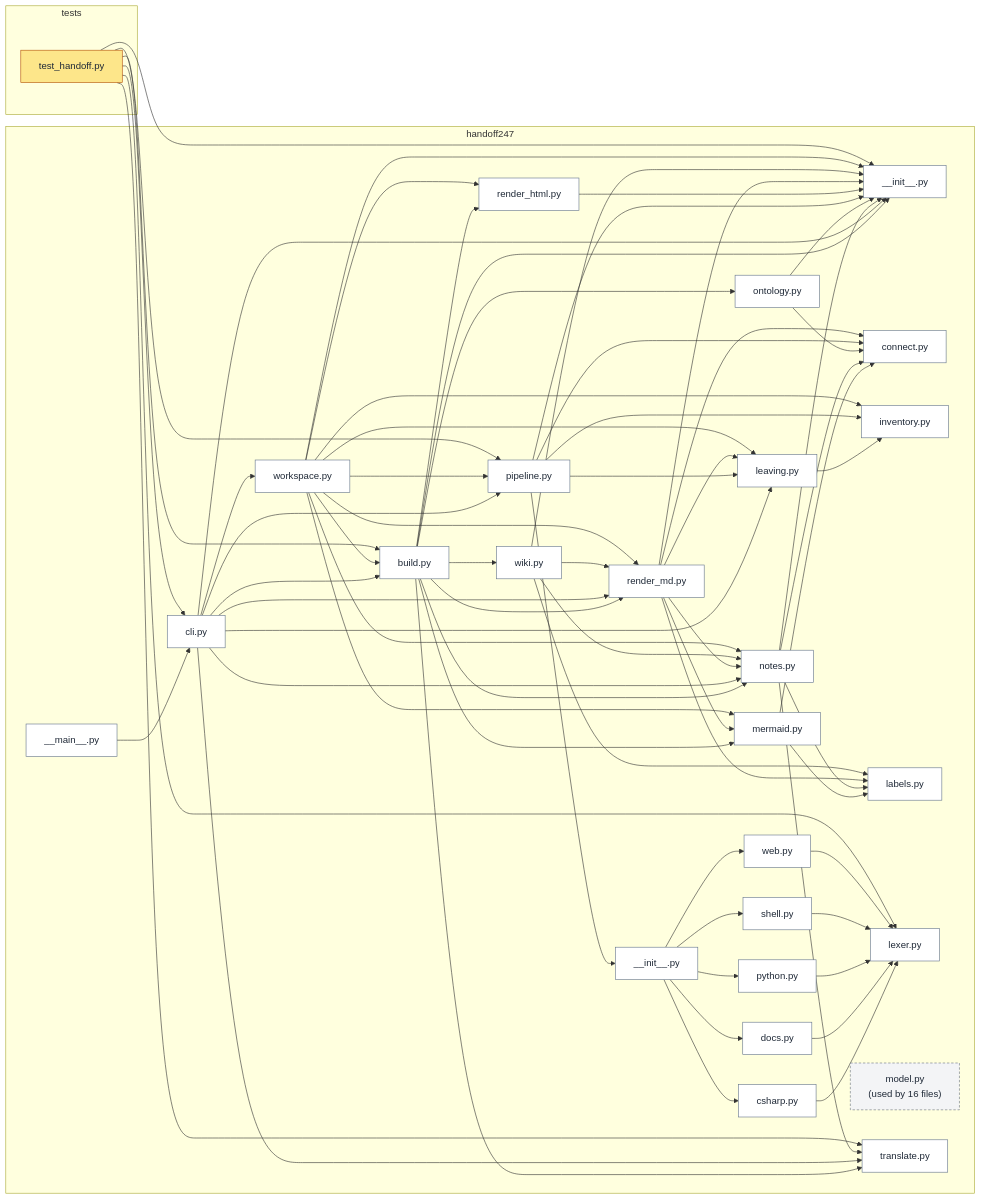
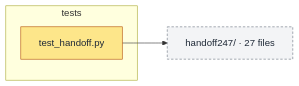
One commit to unkkyuist/HandOff247 changed the diagram in docs/handoff/diagrams/code.mmd. Above: the diagram before and after it, drawn with Mermaid. The commit also changed 50 other files, not shown here.

```diff
--- a/docs/handoff/diagrams/code.mmd
+++ b/docs/handoff/diagrams/code.mmd
@@ -1,108 +1,16 @@
 flowchart LR
-  subgraph g1["handoff247"]
-    n2["#95;#95;init#95;#95;.py"]:::file
-    n3["#95;#95;main#95;#95;.py"]:::file
-    n4["#95;#95;init#95;#95;.py"]:::file
-    n5["csharp.py"]:::file
-    n6["docs.py"]:::file
-    n7["python.py"]:::file
-    n8["shell.py"]:::file
-    n9["web.py"]:::file
-    n10["build.py"]:::file
-    n11["cli.py"]:::file
-    n12["connect.py"]:::file
-    n13["inventory.py"]:::file
-    n14["labels.py"]:::file
-    n15["leaving.py"]:::file
-    n16["lexer.py"]:::file
-    n17["mermaid.py"]:::file
-    n18["model.py<br/>(used by 16 files)"]:::hub
-    n19["notes.py"]:::file
-    n20["ontology.py"]:::file
-    n21["pipeline.py"]:::file
-    n22["render#95;html.py"]:::file
-    n23["render#95;md.py"]:::file
-    n24["translate.py"]:::file
-    n25["wiki.py"]:::file
-    n26["workspace.py"]:::file
+  n1["handoff247/ · 27 files"]:::hub
+  subgraph g2["tests"]
+    n3["test#95;handoff.py"]:::entry
   end
-  subgraph g27["tests"]
-    n28["test#95;handoff.py"]:::entry
-  end
-  n3 --> n11
-  n4 --> n5
-  n4 --> n6
-  n4 --> n7
-  n4 --> n8
-  n4 --> n9
-  n5 --> n16
-  n6 --> n16
-  n7 --> n16
-  n8 --> n16
-  n9 --> n16
-  n10 --> n2
-  n10 --> n17
-  n10 --> n19
-  n10 --> n20
-  n10 --> n22
-  n10 --> n23
-  n10 --> n24
-  n10 --> n25
-  n11 --> n2
-  n11 --> n10
-  n11 --> n15
-  n11 --> n19
-  n11 --> n21
-  n11 --> n23
-  n11 --> n24
-  n11 --> n26
-  n15 --> n13
-  n17 --> n12
-  n17 --> n14
-  n19 --> n2
-  n19 --> n12
-  n19 --> n14
-  n19 --> n24
-  n20 --> n2
-  n20 --> n12
-  n21 --> n2
-  n21 --> n4
-  n21 --> n12
-  n21 --> n13
-  n21 --> n15
-  n22 --> n2
-  n23 --> n2
-  n23 --> n12
-  n23 --> n14
-  n23 --> n15
-  n23 --> n17
-  n23 --> n19
-  n25 --> n2
-  n25 --> n14
-  n25 --> n19
-  n25 --> n23
-  n26 --> n2
-  n26 --> n10
-  n26 --> n13
-  n26 --> n15
-  n26 --> n17
-  n26 --> n19
-  n26 --> n21
-  n26 --> n22
-  n26 --> n23
-  n28 --> n2
-  n28 --> n10
-  n28 --> n11
-  n28 --> n16
-  n28 --> n21
-  n28 --> n24
+  n3 --> n1
   classDef entry fill:#fde68a,stroke:#b45309,color:#1f2937
   classDef launcher fill:#e0e7ff,stroke:#4338ca,color:#1f2937
   classDef mode fill:#dcfce7,stroke:#15803d,color:#1f2937
   classDef iface fill:#cffafe,stroke:#0e7490,color:#1f2937
   classDef table fill:#fce7f3,stroke:#be185d,color:#1f2937
   classDef hub fill:#f3f4f6,stroke:#6b7280,color:#1f2937,stroke-dasharray:4 3
   classDef data fill:#fef3c7,stroke:#92400e,color:#1f2937
   classDef ext fill:#ffffff,stroke:#9ca3af,color:#374151,stroke-dasharray:2 2
   classDef test fill:#ede9fe,stroke:#6d28d9,color:#1f2937
   classDef file fill:#ffffff,stroke:#64748b,color:#1f2937
```
